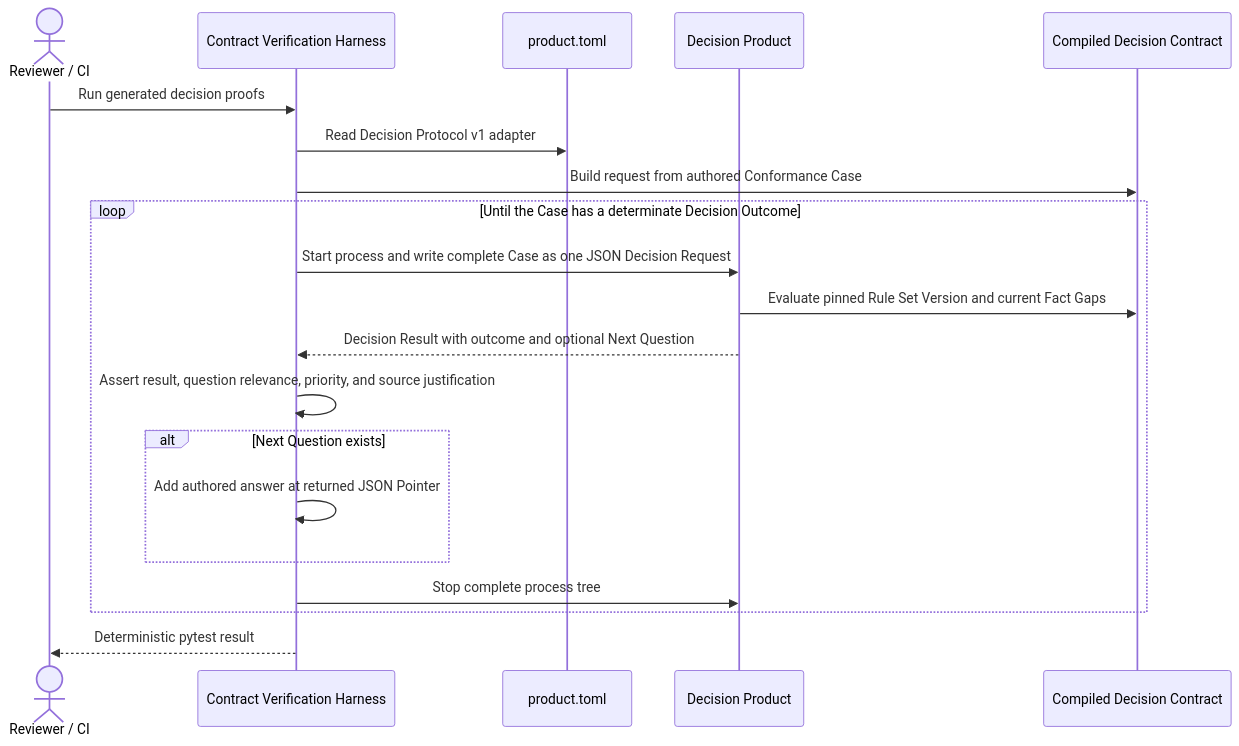
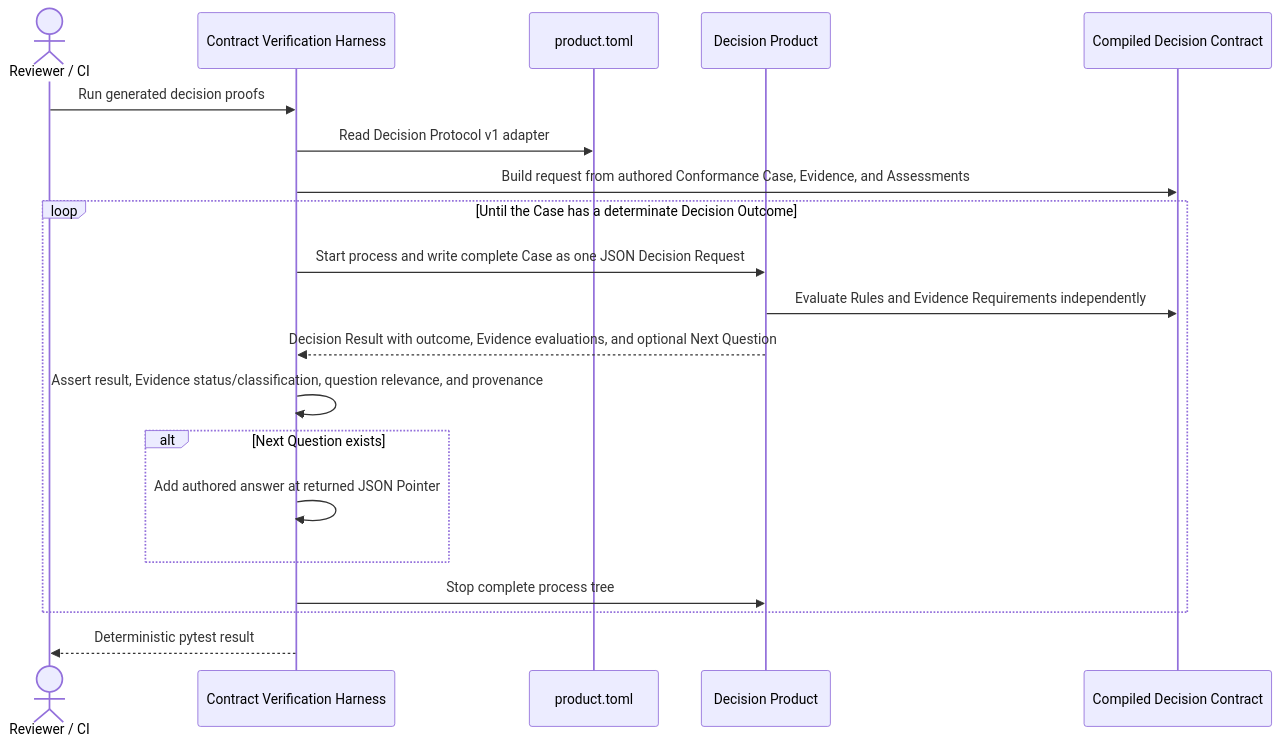
The third of 6 diagrams in docs/architecture/arc42.md (arturmiller/spec-compiler), drawn with Mermaid before and after one commit. The commit also changed other lines of this file and 22 other files, not shown here.

````diff
--- a/docs/architecture/arc42.md
+++ b/docs/architecture/arc42.md
@@ -275,23 +277,23 @@
 ```mermaid
 sequenceDiagram
     actor Operator as Reviewer / CI
     participant Harness as Contract Verification Harness
     participant Manifest as product.toml
     participant Product as Decision Product
     participant Contract as Compiled Decision Contract
 
     Operator->>Harness: Run generated decision proofs
     Harness->>Manifest: Read Decision Protocol v1 adapter
-    Harness->>Contract: Build request from authored Conformance Case
+    Harness->>Contract: Build request from authored Conformance Case, Evidence, and Assessments
     loop Until the Case has a determinate Decision Outcome
         Harness->>Product: Start process and write complete Case as one JSON Decision Request
-        Product->>Contract: Evaluate pinned Rule Set Version and current Fact Gaps
-        Product-->>Harness: Decision Result with outcome and optional Next Question
-        Harness->>Harness: Assert result, question relevance, priority, and source justification
+        Product->>Contract: Evaluate Rules and Evidence Requirements independently
+        Product-->>Harness: Decision Result with outcome, Evidence evaluations, and optional Next Question
+        Harness->>Harness: Assert result, Evidence status/classification, question relevance, and provenance
         alt Next Question exists
             Harness->>Harness: Add authored answer at returned JSON Pointer
         end
         Harness->>Product: Stop complete process tree
     end
     Harness-->>Operator: Deterministic pytest result
 ```
````
